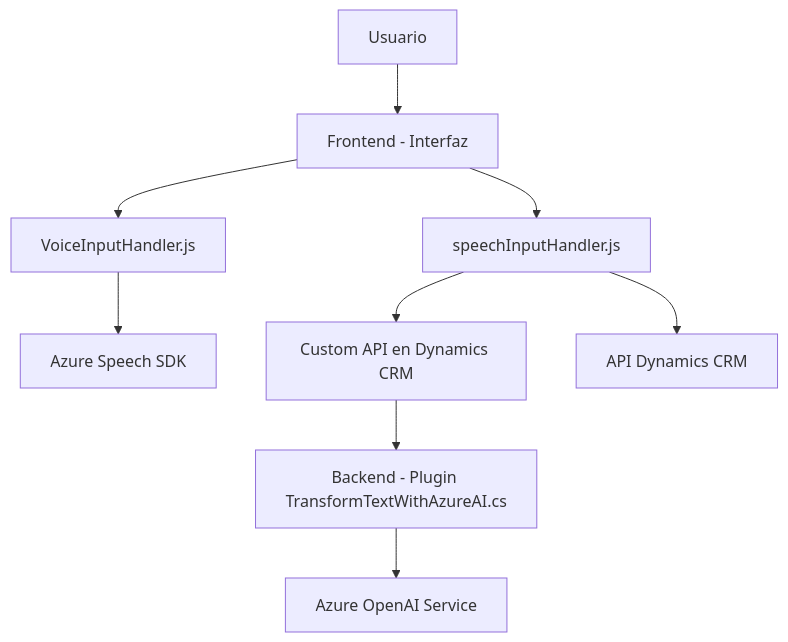
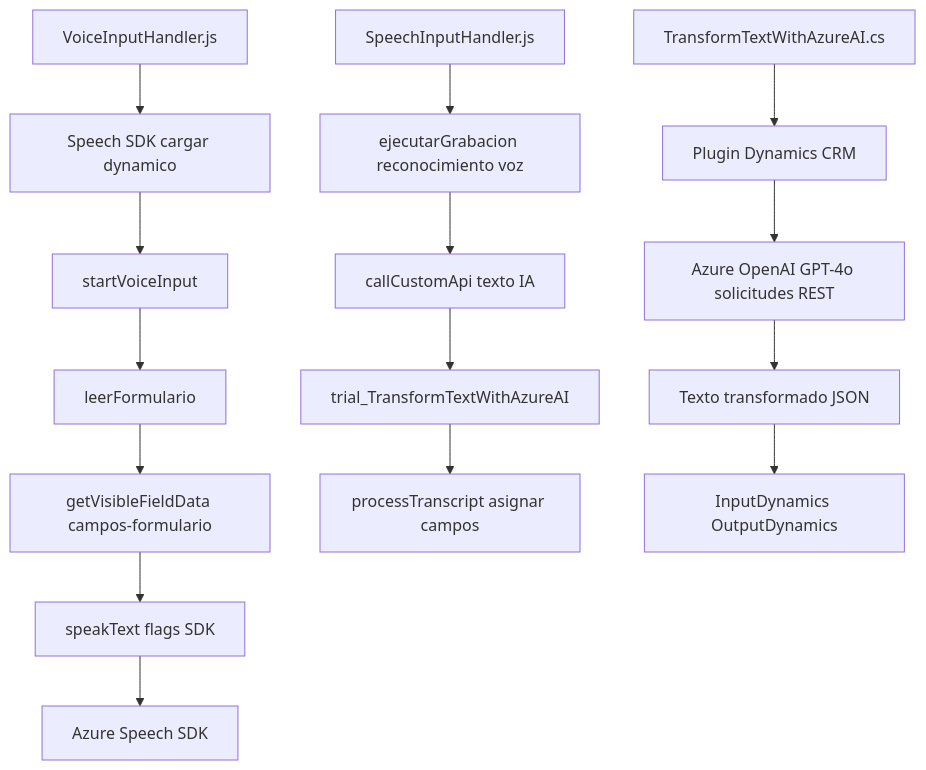
One commit to blopezdm/NETCORE_BILBAO2025 changed the diagram in README.md. Above: the diagram before and after it, drawn with Mermaid. The commit also changed other lines of this file, not shown here.

````diff
--- a/README.md
+++ b/README.md
@@ -37,11 +52,19 @@
 ```mermaid
 graph TD
-    A["Usuario"] --> B["Frontend - Interfaz"]
-    B --> C["VoiceInputHandler.js"]
-    B --> D["speechInputHandler.js"]
-    C --> E["Azure Speech SDK"]
-    D --> F["Custom API en Dynamics CRM"]
-    F --> G["Backend - Plugin TransformTextWithAzureAI.cs"]
-    G --> H["Azure OpenAI Service"]
-    D --> I["API Dynamics CRM"]
+    A["VoiceInputHandler.js"] --> B["Speech SDK cargar dynamico"]
+    B --> C["startVoiceInput"]
+    C --> D["leerFormulario"]
+    D --> E["getVisibleFieldData campos-formulario"]
+    E --> F["speakText flags SDK"]
+    F --> G["Azure Speech SDK"]
+
+    H["SpeechInputHandler.js"] --> I["ejecutarGrabacion reconocimiento voz"]
+    I --> J["callCustomApi texto IA"]
+    J --> K["trial_TransformTextWithAzureAI"]
+    K --> L["processTranscript asignar campos"]
+
+    M["TransformTextWithAzureAI.cs"] --> N["Plugin Dynamics CRM"]
+    N --> O["Azure OpenAI GPT-4o solicitudes REST"]
+    O --> P["Texto transformado JSON"]
+    P --> Q["InputDynamics OutputDynamics"]
 ```
````
